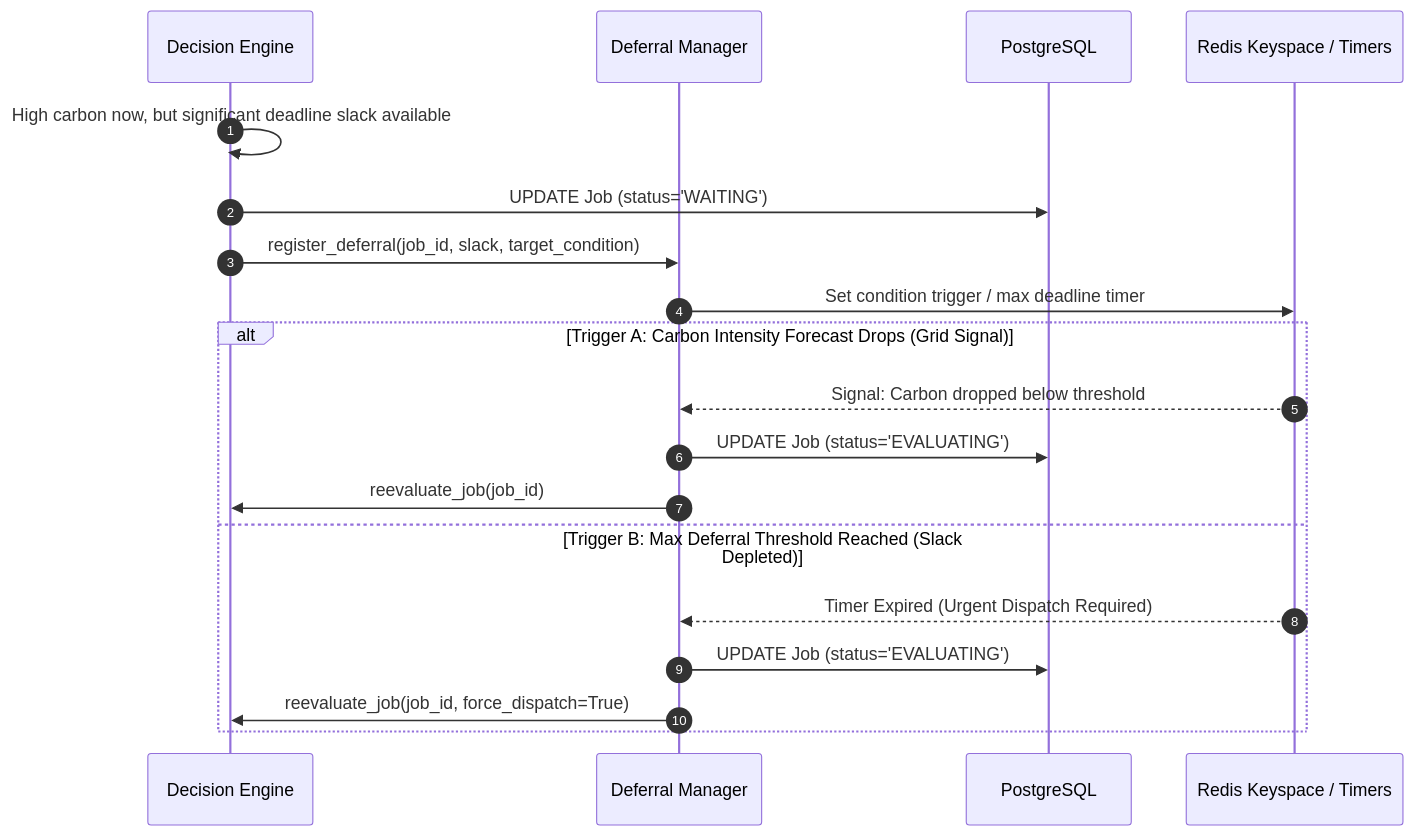
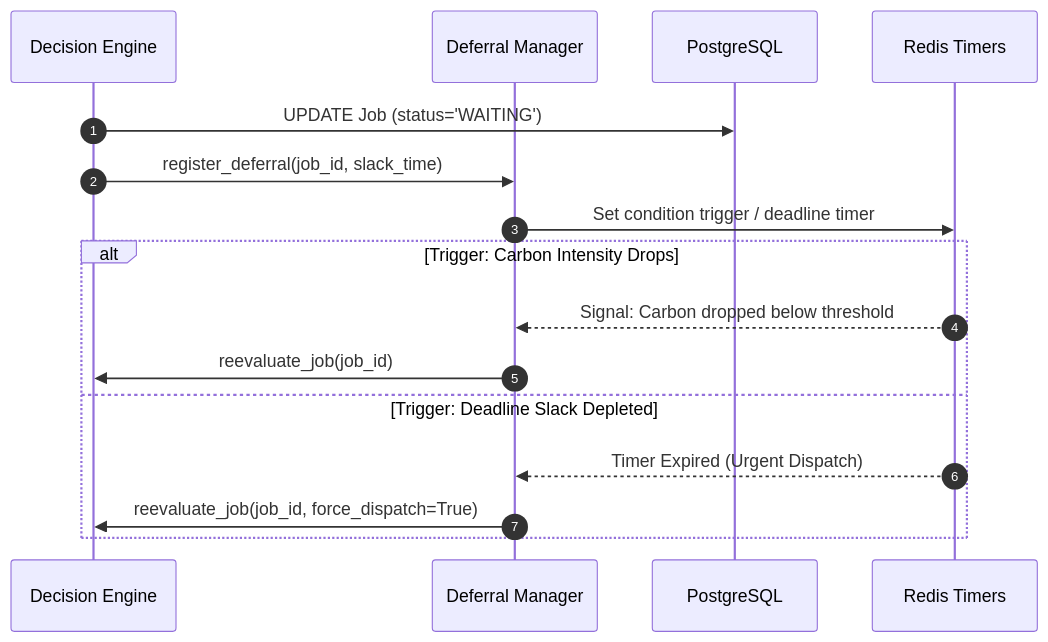
The fifth of 5 diagrams in docs/architecture/reliability-architecture.md (taneesh-kumar/Eco-Route), drawn with Mermaid before and after one commit. The commit also changed other lines of this file and 6 other files, not shown here.

````diff
--- a/docs/architecture/reliability-architecture.md
+++ b/docs/architecture/reliability-architecture.md
@@ -175,24 +150,20 @@
 ```mermaid
 sequenceDiagram
     autonumber
     participant DE as Decision Engine
     participant DM as Deferral Manager
     participant DB as PostgreSQL
-    participant Redis as Redis Keyspace / Timers
+    participant Redis as Redis Timers
 
-    DE->>DE: High carbon now, but significant deadline slack available
     DE->>DB: UPDATE Job (status='WAITING')
-    DE->>DM: register_deferral(job_id, slack, target_condition)
+    DE->>DM: register_deferral(job_id, slack_time)
+    DM->>Redis: Set condition trigger / deadline timer
     
-    DM->>Redis: Set condition trigger / max deadline timer
-    
-    alt Trigger A: Carbon Intensity Forecast Drops (Grid Signal)
+    alt Trigger: Carbon Intensity Drops
         Redis-->>DM: Signal: Carbon dropped below threshold
-        DM->>DB: UPDATE Job (status='EVALUATING')
         DM->>DE: reevaluate_job(job_id)
-    else Trigger B: Max Deferral Threshold Reached (Slack Depleted)
-        Redis-->>DM: Timer Expired (Urgent Dispatch Required)
-        DM->>DB: UPDATE Job (status='EVALUATING')
+    else Trigger: Deadline Slack Depleted
+        Redis-->>DM: Timer Expired (Urgent Dispatch)
         DM->>DE: reevaluate_job(job_id, force_dispatch=True)
     end
 ```
````
